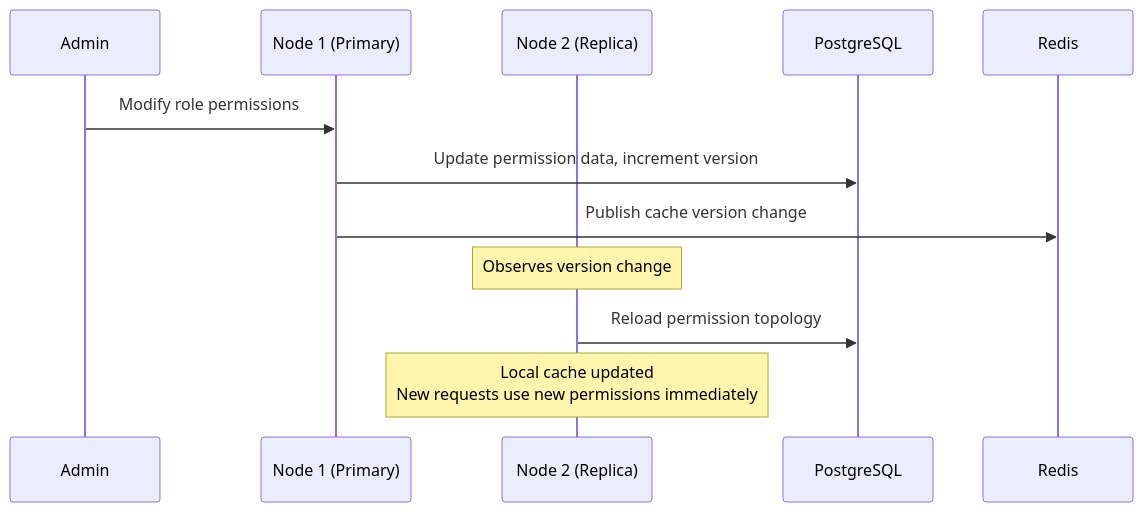
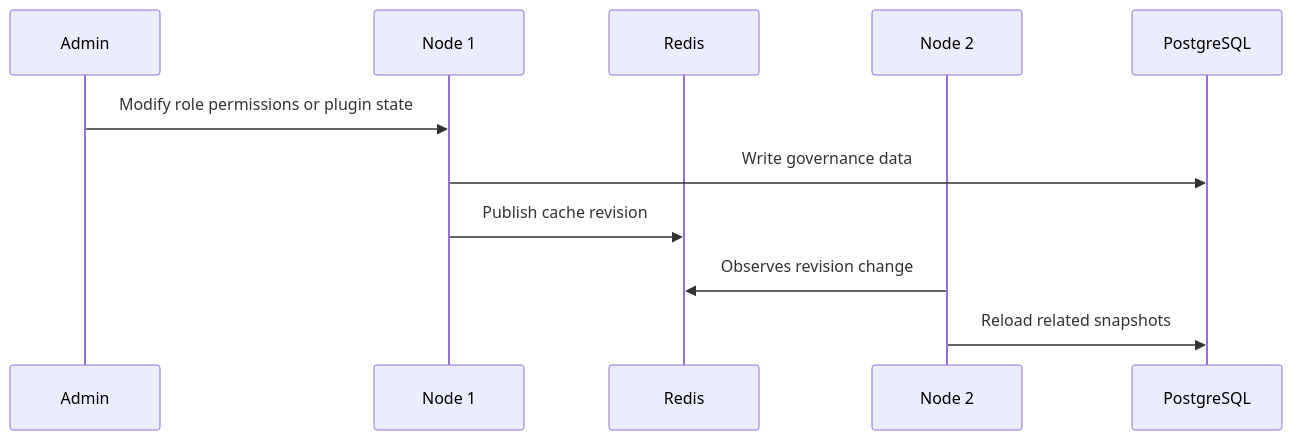
The third of 4 diagrams in apps/lina-site/i18n/en/docusaurus-plugin-content-docs/current/docs/2000-components/9000-distributed-architecture.md (linaproai/linapro-site), drawn with Mermaid before and after one commit. The commit also changed other lines of this file and 6 other files, not shown here.

````diff
--- a/apps/lina-site/i18n/en/docusaurus-plugin-content-docs/current/docs/2000-components/9000-distributed-architecture.md
+++ b/apps/lina-site/i18n/en/docusaurus-plugin-content-docs/current/docs/2000-components/9000-distributed-architecture.md
@@ -148,15 +134,14 @@
 ```mermaid
 sequenceDiagram
     participant Admin as Admin
-    participant N1 as Node 1 (Primary)
-    participant N2 as Node 2 (Replica)
+    participant N1 as Node 1
+    participant R as Redis
+    participant N2 as Node 2
     participant DB as PostgreSQL
-    participant R as Redis
 
-    Admin->>N1: Modify role permissions
-    N1->>DB: Update permission data, increment version
-    N1->>R: Publish cache version change
-    Note over N2: Observes version change
-    N2->>DB: Reload permission topology
-    Note over N2: Local cache updated<br/>New requests use new permissions immediately
+    Admin->>N1: Modify role permissions or plugin state
+    N1->>DB: Write governance data
+    N1->>R: Publish cache revision
+    N2->>R: Observes revision change
+    N2->>DB: Reload related snapshots
 ```
````
